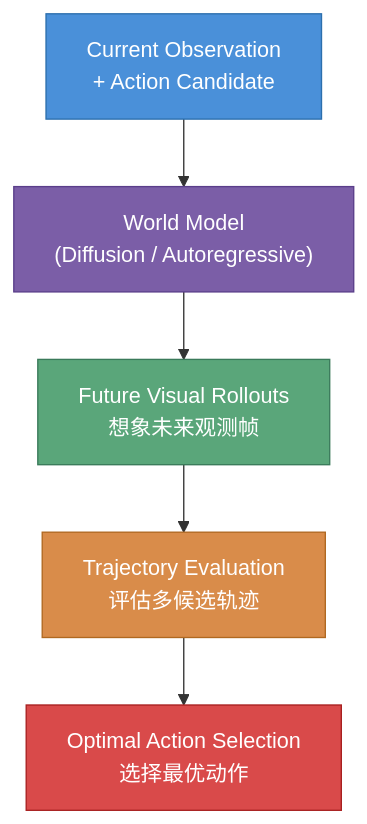
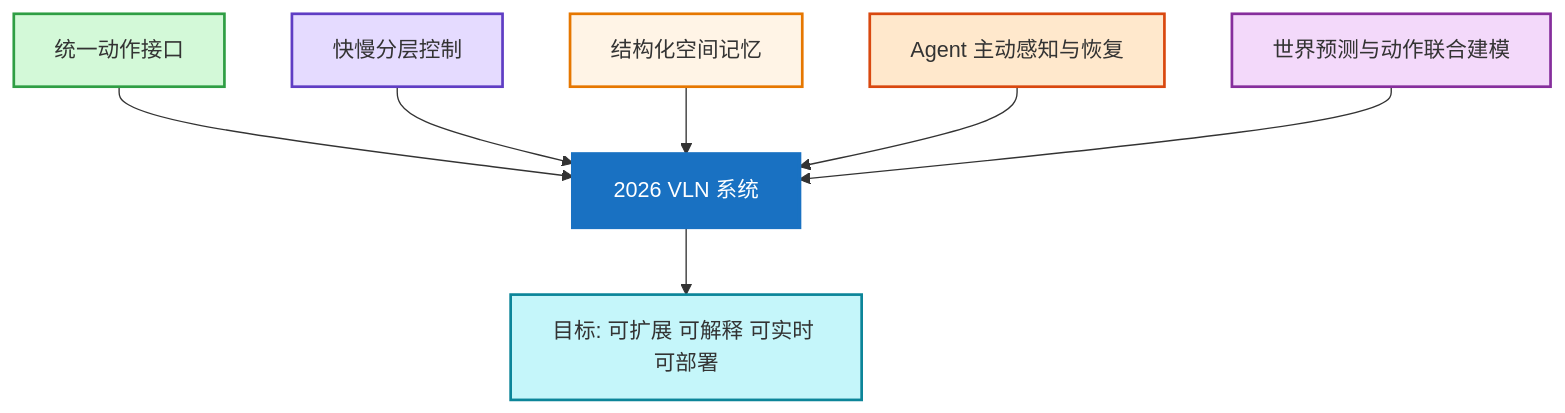
The fourth of 8 diagrams in _posts/research/2026-01-04-VLN-Survey.md (TingdeLiu/tingdeliu.github.io), drawn with Mermaid before and after one commit. The commit also changed other lines of this file, not shown here.

````diff
--- a/_posts/research/2026-01-04-VLN-Survey.md
+++ b/_posts/research/2026-01-04-VLN-Survey.md
@@ -436,13 +195,18 @@
 ```mermaid
-flowchart TD
-    A["Current Observation\n+ Action Candidate"] --> B["World Model\n(Diffusion / Autoregressive)"]
-    B --> C["Future Visual Rollouts\n想象未来观测帧"]
-    C --> D["Trajectory Evaluation\n评估多候选轨迹"]
-    D --> E["Optimal Action Selection\n选择最优动作"]
+flowchart TB
+    C["2026 VLN 系统"]
+    A["统一动作接口"] --> C
+    B["快慢分层控制"] --> C
+    M["结构化空间记忆"] --> C
+    G["Agent 主动感知与恢复"] --> C
+    W["世界预测与动作联合建模"] --> C
+    C --> R["目标: 可扩展 可解释 可实时 可部署"]
 
-    style A fill:#4a90d9,color:#fff,stroke:#2c6fad
-    style B fill:#7b5ea7,color:#fff,stroke:#5a3e8a
-    style C fill:#5aa67a,color:#fff,stroke:#3a7a5a
-    style D fill:#d98c4a,color:#fff,stroke:#b06820
-    style E fill:#d94a4a,color:#fff,stroke:#a82020
+    style C fill:#1971c2,stroke:#1971c2,stroke-width:3px,color:#ffffff
+    style A fill:#d3f9d8,stroke:#2f9e44,stroke-width:2px
+    style B fill:#e5dbff,stroke:#5f3dc4,stroke-width:2px
+    style M fill:#fff4e6,stroke:#e67700,stroke-width:2px
+    style G fill:#ffe8cc,stroke:#d9480f,stroke-width:2px
+    style W fill:#f3d9fa,stroke:#862e9c,stroke-width:2px
+    style R fill:#c5f6fa,stroke:#0c8599,stroke-width:2px
 ```
````
